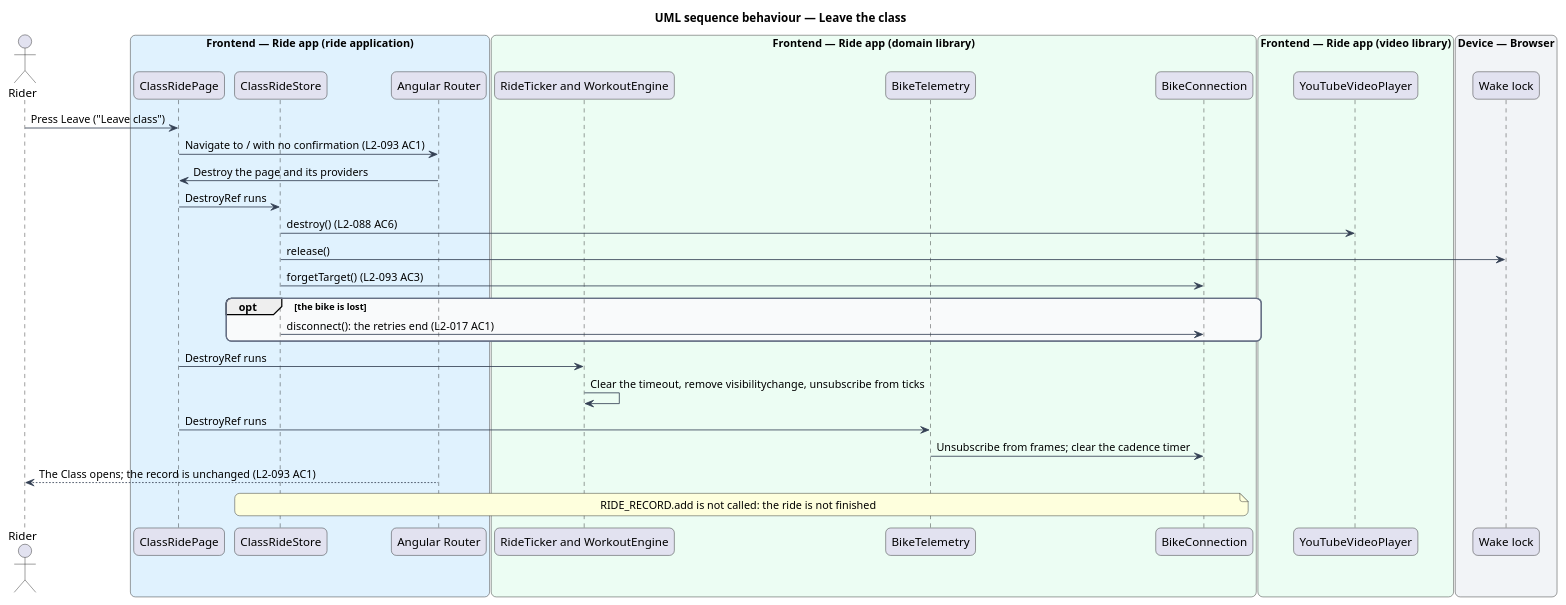
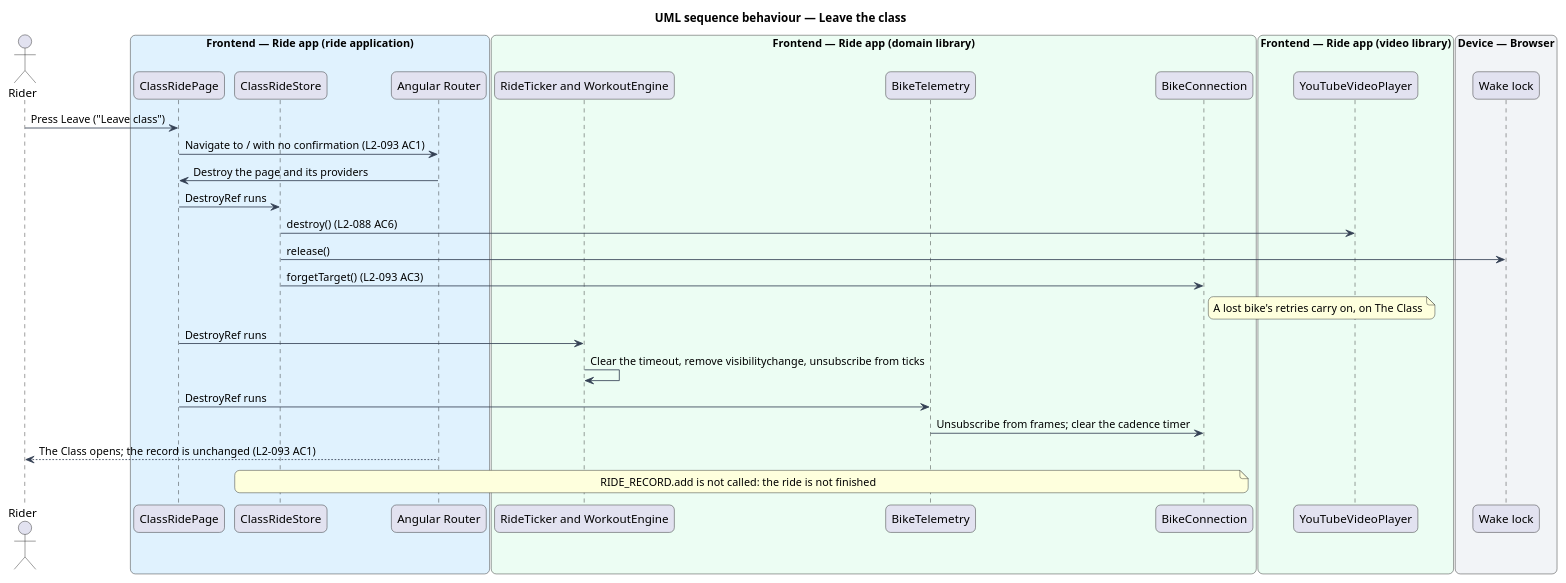
The diagram in docs/detailed-designs/class-ride/pause-leave-or-finish-the-class/diagrams/sequence-leave-the-class.puml (QuinntyneBrown/ride-one), drawn with PlantUML before and after one commit. The commit also changed 76 other files, not shown here.

```diff
--- a/docs/detailed-designs/class-ride/pause-leave-or-finish-the-class/diagrams/sequence-leave-the-class.puml
+++ b/docs/detailed-designs/class-ride/pause-leave-or-finish-the-class/diagrams/sequence-leave-the-class.puml
@@ -1,50 +1,48 @@
 @startuml
 title UML sequence behaviour — Leave the class
 skinparam backgroundColor #FFFFFF
 skinparam shadowing false
 skinparam roundcorner 12
 skinparam defaultFontName Arial
 skinparam ArrowColor #344054
 skinparam rectangle {
   BorderColor #344054
   FontColor #101828
 }
 skinparam package {
   BorderColor #667085
   FontColor #101828
   BackgroundColor #F9FAFB
 }
 actor "Rider" as rider
 box "Frontend — Ride app (ride application)" #E0F2FE
   participant "ClassRidePage" as page
   participant "ClassRideStore" as store
   participant "Angular Router" as router
 end box
 box "Frontend — Ride app (domain library)" #ECFDF3
   participant "RideTicker and WorkoutEngine" as engine
   participant "BikeTelemetry" as telemetry
   participant "BikeConnection" as conn
 end box
 box "Frontend — Ride app (video library)" #ECFDF3
   participant "YouTubeVideoPlayer" as player
 end box
 box "Device — Browser" #F2F4F7
   participant "Wake lock" as wake
 end box
 rider -> page : Press Leave ("Leave class")
 page -> router : Navigate to / with no confirmation (L2-093 AC1)
 router -> page : Destroy the page and its providers
 page -> store : DestroyRef runs
 store -> player : destroy() (L2-088 AC6)
 store -> wake : release()
 store -> conn : forgetTarget() (L2-093 AC3)
-opt the bike is lost
-  store -> conn : disconnect(): the retries end (L2-017 AC1)
-end
+note right of conn : A lost bike's retries carry on, on The Class
 page -> engine : DestroyRef runs
 engine -> engine : Clear the timeout, remove visibilitychange, unsubscribe from ticks
 page -> telemetry : DestroyRef runs
 telemetry -> conn : Unsubscribe from frames; clear the cadence timer
 router --> rider : The Class opens; the record is unchanged (L2-093 AC1)
 note over store, conn : RIDE_RECORD.add is not called: the ride is not finished
 @enduml
```
